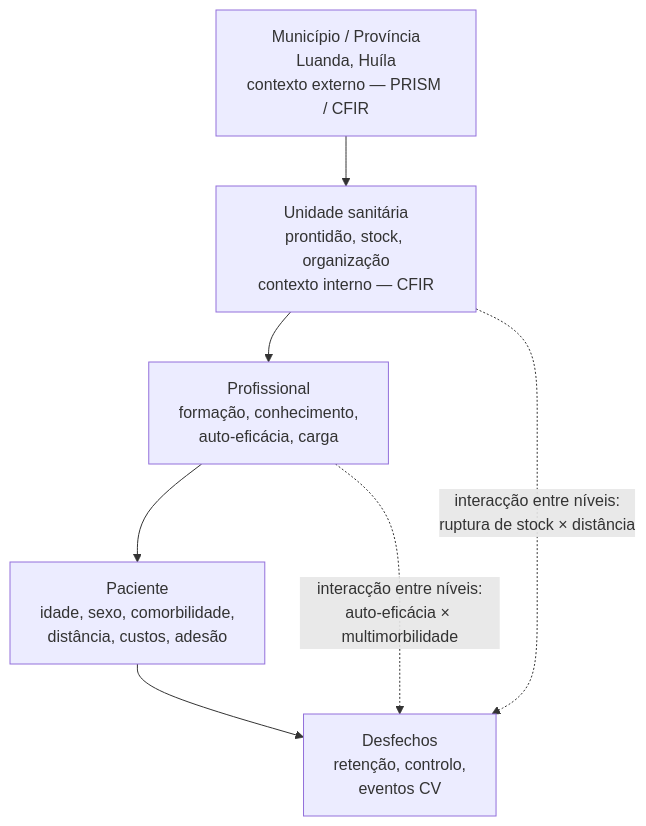
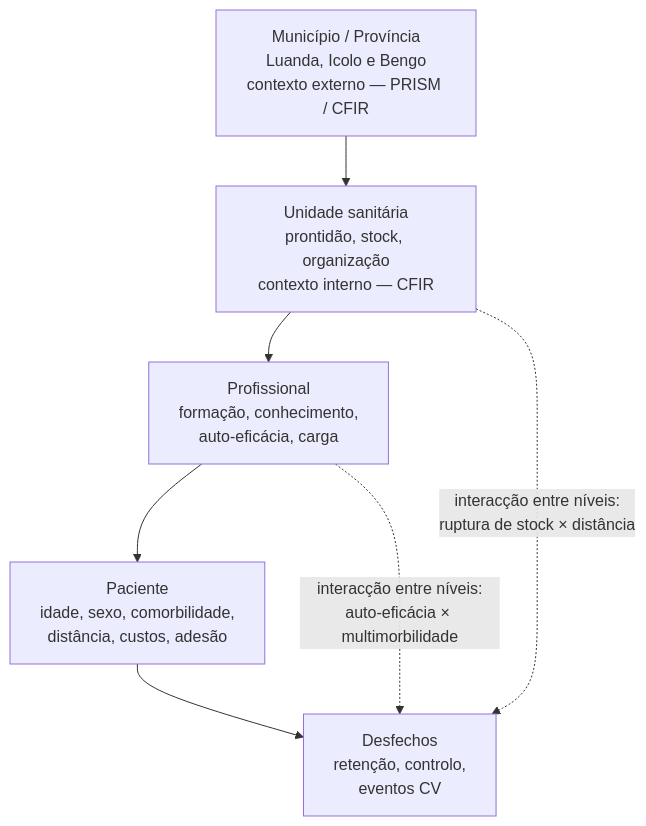
The fifth of 8 diagrams in conteudo/seguimento.md (filustrias/WHO_PEN_Angola), drawn with Mermaid before and after one commit. The commit also changed other lines of this file and 2 other files, not shown here.

Commit message:
Retira a Huíla: as províncias do piloto são Luanda e Icolo e Bengo

````diff
--- a/conteudo/seguimento.md
+++ b/conteudo/seguimento.md
@@ -226,12 +226,12 @@
 ```mermaid
 flowchart TB
-    M["Município / Província<br/>Luanda, Huíla<br/>contexto externo — PRISM / CFIR"]
+    M["Município / Província<br/>Luanda, Icolo e Bengo<br/>contexto externo — PRISM / CFIR"]
     U["Unidade sanitária<br/>prontidão, stock, organização<br/>contexto interno — CFIR"]
     PF["Profissional<br/>formação, conhecimento,<br/>auto-eficácia, carga"]
     PC["Paciente<br/>idade, sexo, comorbilidade,<br/>distância, custos, adesão"]
     D["Desfechos<br/>retenção, controlo,<br/>eventos CV"]
 
     M --> U --> PF --> PC --> D
     U -. "interacção entre níveis:<br/>ruptura de stock × distância" .-> D
     PF -. "interacção entre níveis:<br/>auto-eficácia × multimorbilidade" .-> D
 ```
````
